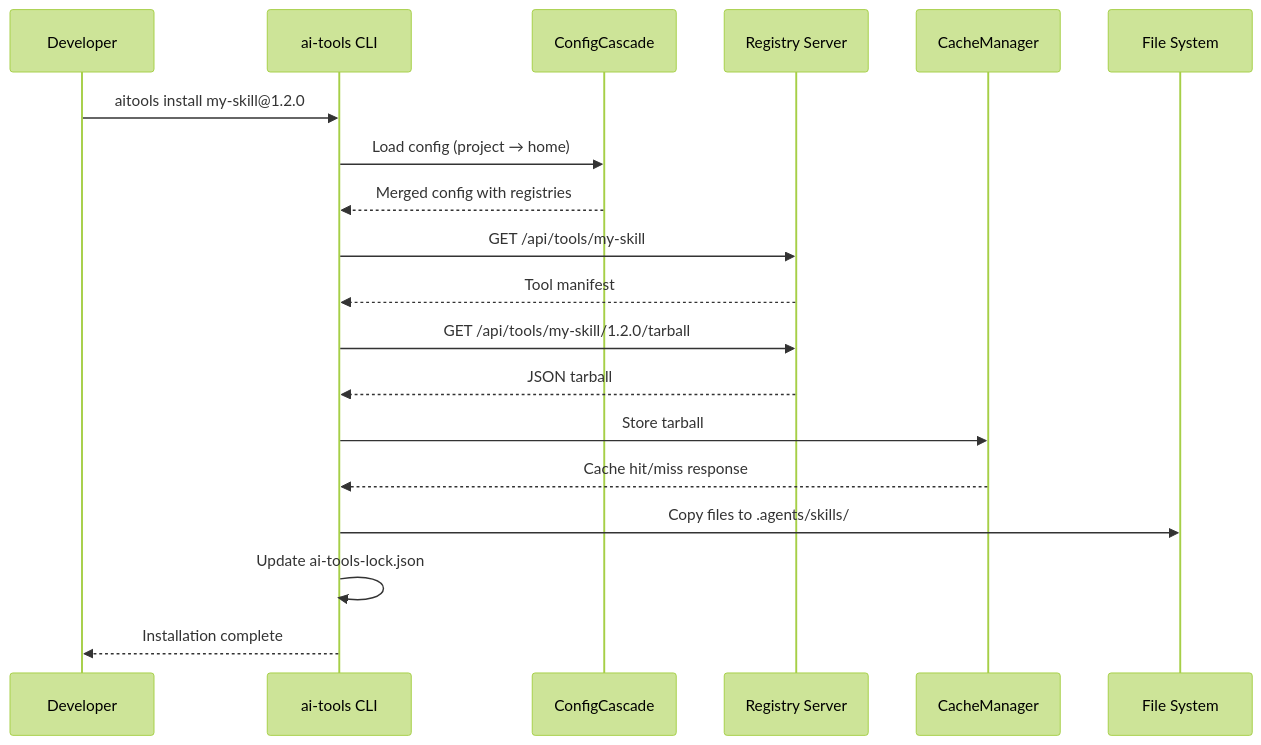
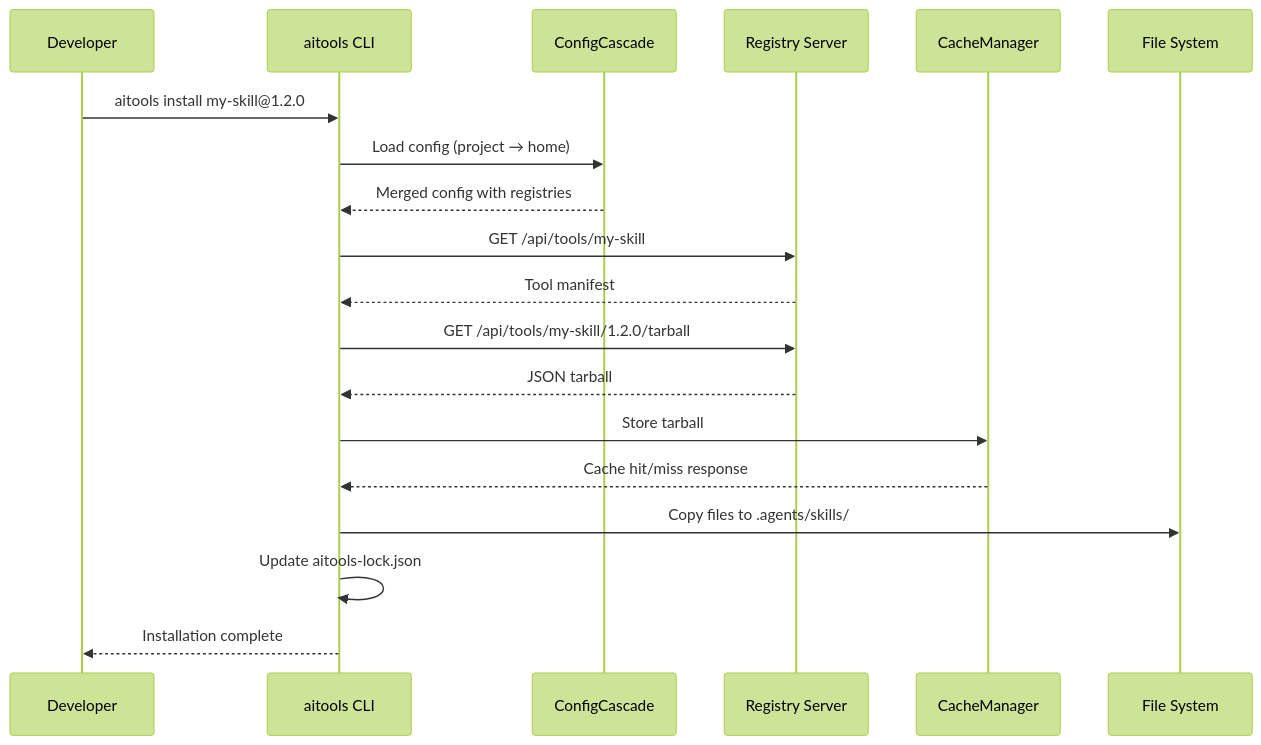
Before and after one commit to bitgenetics/aitools: the third of 4 diagrams in docs/design/system-architecture.md, drawn with Mermaid (forest theme). The commit also changed other lines of this file and 132 other files, not shown here.

First line of the commit message:
refactor: rebrand to aitools CLI and @aitools/* packages

````diff
--- a/docs/design/system-architecture.md
+++ b/docs/design/system-architecture.md
@@ -111,22 +111,22 @@
 ```mermaid
 sequenceDiagram
     participant Dev as Developer
-    participant CLI as ai-tools CLI
+    participant CLI as aitools CLI
     participant Config as ConfigCascade
     participant Registry as Registry Server
     participant Cache as CacheManager
     participant FS as File System
 
     Dev->>CLI: aitools install my-skill@1.2.0
     CLI->>Config: Load config (project → home)
     Config-->>CLI: Merged config with registries
     CLI->>Registry: GET /api/tools/my-skill
     Registry-->>CLI: Tool manifest
     CLI->>Registry: GET /api/tools/my-skill/1.2.0/tarball
     Registry-->>CLI: JSON tarball
     CLI->>Cache: Store tarball
     Cache-->>CLI: Cache hit/miss response
     CLI->>FS: Copy files to .agents/skills/
-    CLI->>CLI: Update ai-tools-lock.json
+    CLI->>CLI: Update aitools-lock.json
     CLI-->>Dev: Installation complete
 ```
````
